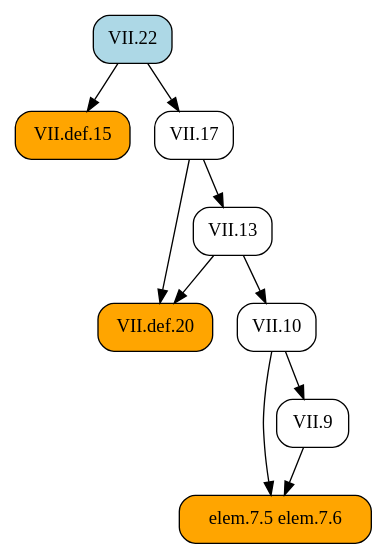
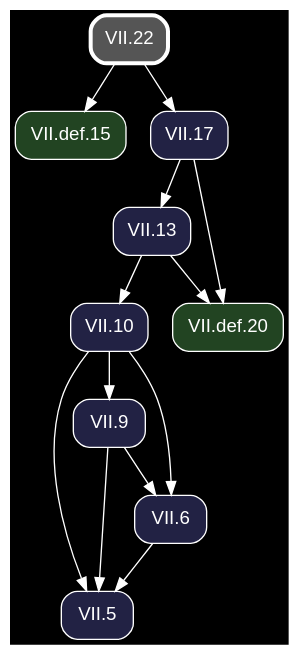
The diagram in docsrc/heath/VII/22/index.rst (geometor/elements), drawn with Graphviz before and after one commit. The commit also changed other lines of this file and 1200 other files, not shown here.

Commit message:
update dependency graphs

```diff
--- a/docsrc/heath/VII/22/index.rst
+++ b/docsrc/heath/VII/22/index.rst
@@ -40,23 +40,29 @@
 .. graphviz::
 
    digraph {
+     bgcolor="black";
+     node [shape=box, style="rounded,filled", fontname="Helvetica", color="white", fontcolor="white"];
+     edge [color="white", fontcolor="white"];
      rankdir="TB";
-     node [shape=box, style=rounded];
-     "VII.def.15" [style="rounded,filled", fillcolor=orange, URL="/heath/VII/def.15/", target="_top"];
-     "VII.13" [URL="/heath/VII/13/", target="_top"];
-     "elem.7.5 elem.7.6" [style="rounded,filled", fillcolor=orange];
-     "VII.17" [URL="/heath/VII/17/", target="_top"];
-     "VII.9" [URL="/heath/VII/9/", target="_top"];
-     "VII.22" [style="rounded,filled", fillcolor=lightblue, URL="/heath/VII/22/", target="_top"];
-     "VII.def.20" [style="rounded,filled", fillcolor=orange, URL="/heath/VII/def.20/", target="_top"];
-     "VII.10" [URL="/heath/VII/10/", target="_top"];
-     "VII.22" -> "VII.def.15";
+     "VII.22" [penwidth=3, color="white", fillcolor="#555555", URL="/heath/VII/22/", target="_top"];
+     "VII.13" [fillcolor="#222244", URL="/heath/VII/13/", target="_top"];
+     "VII.10" [fillcolor="#222244", URL="/heath/VII/10/", target="_top"];
+     "VII.5" [fillcolor="#222244", URL="/heath/VII/5/", target="_top"];
+     "VII.def.20" [fillcolor="#224422", URL="/heath/VII/def.20/", target="_top"];
+     "VII.9" [fillcolor="#222244", URL="/heath/VII/9/", target="_top"];
+     "VII.def.15" [fillcolor="#224422", URL="/heath/VII/def.15/", target="_top"];
+     "VII.6" [fillcolor="#222244", URL="/heath/VII/6/", target="_top"];
+     "VII.17" [fillcolor="#222244", URL="/heath/VII/17/", target="_top"];
      "VII.17" -> "VII.13";
-     "VII.9" -> "elem.7.5 elem.7.6";
-     "VII.10" -> "elem.7.5 elem.7.6";
-     "VII.22" -> "VII.17";
-     "VII.10" -> "VII.9";
+     "VII.13" -> "VII.10";
+     "VII.6" -> "VII.5";
+     "VII.9" -> "VII.5";
+     "VII.10" -> "VII.5";
      "VII.13" -> "VII.def.20";
      "VII.17" -> "VII.def.20";
-     "VII.13" -> "VII.10";
+     "VII.10" -> "VII.9";
+     "VII.22" -> "VII.def.15";
+     "VII.9" -> "VII.6";
+     "VII.10" -> "VII.6";
+     "VII.22" -> "VII.17";
    }
```
